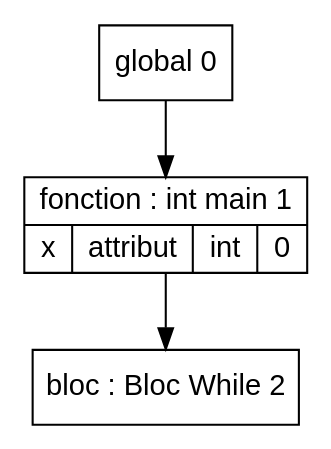
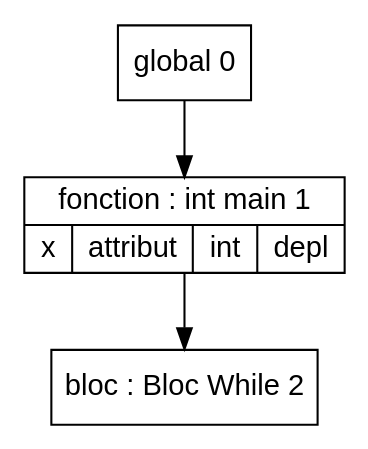
The diagram in Code/out/tds/dot/Test_Erreur_Semantique/cond4Y.dot (Hamza-ABDOULHOUSSEN/compil), drawn with Graphviz before and after one commit. The commit also changed 82 other files, not shown here.

```diff
--- a/Code/out/tds/dot/Test_Erreur_Semantique/cond4Y.dot
+++ b/Code/out/tds/dot/Test_Erreur_Semantique/cond4Y.dot
@@ -1,18 +1,18 @@
 digraph "tds"{
 
 	node [fontname="Arial"];
 
 	N2 [shape=record label="{ bloc : Bloc While  2
 	}"];
 
 	N1 [shape=record label="{ fonction : int main 1
-	| { x | attribut | int | 0 }
+	| { x | attribut | int | depl }
 	}"];
 
 	N0 [shape=record label="{ global 0
 	}"];
 
 
 	N0 -> N1; 
 	N1 -> N2; 
 }
```
